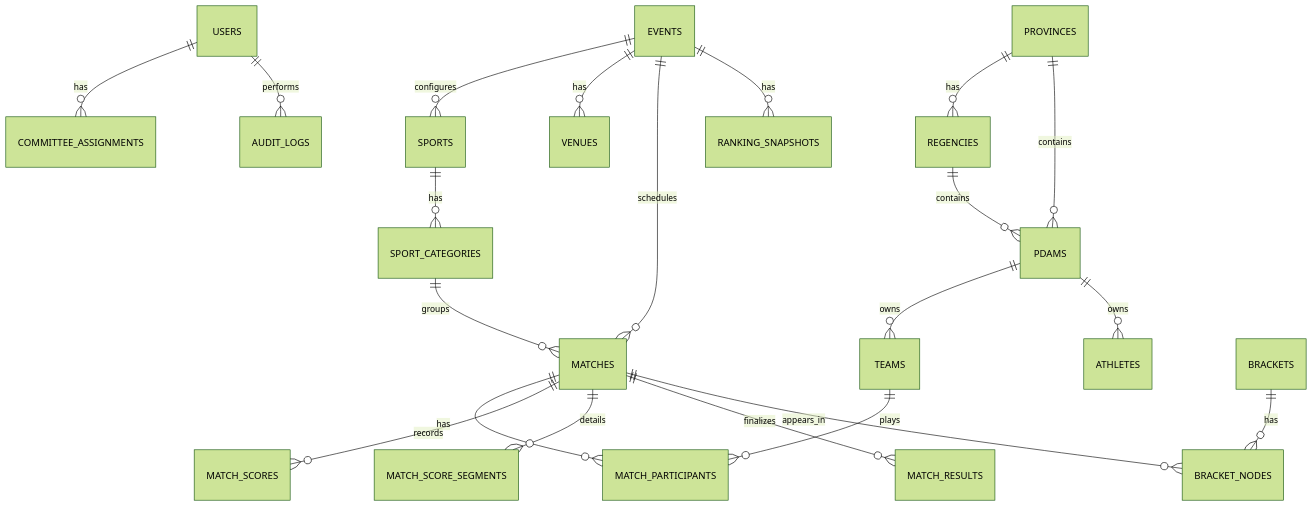
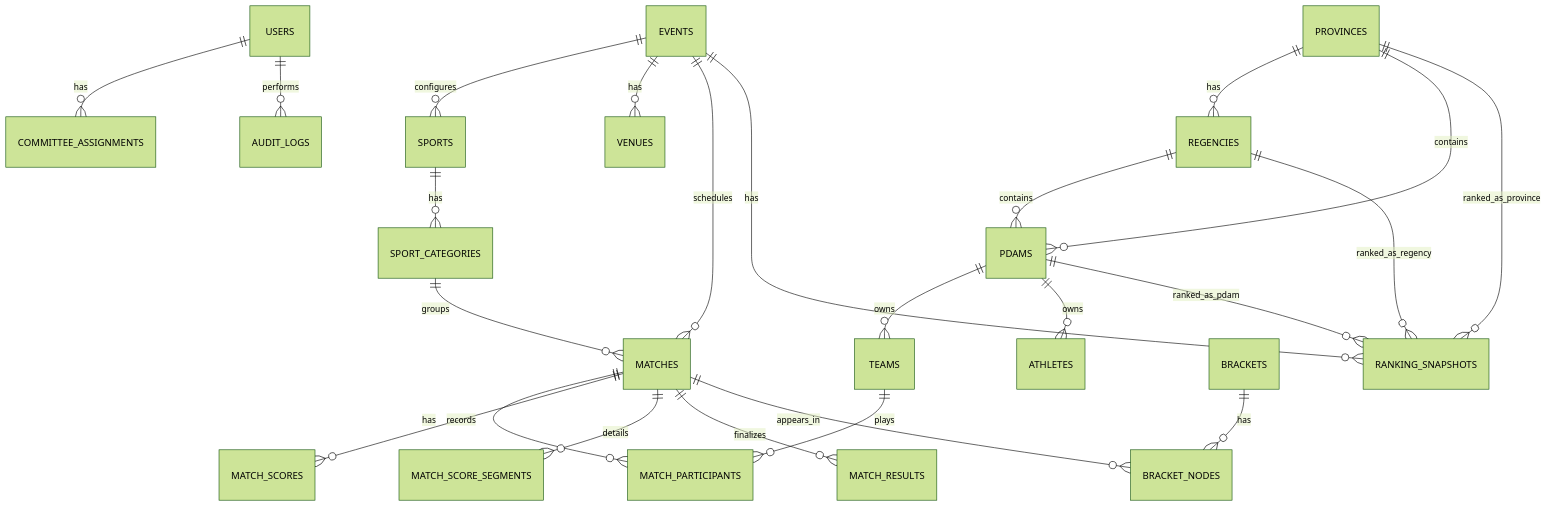
Before and after one commit to henry1224/sport-perpamsi: the diagram in docs/02-data/erd-v1-baseline.md, drawn with Mermaid (forest theme). The commit also changed 11 other files, not shown here.

````diff
--- a/docs/02-data/erd-v1-baseline.md
+++ b/docs/02-data/erd-v1-baseline.md
@@ -5,23 +5,26 @@
 ```mermaid
 erDiagram
     USERS ||--o{ COMMITTEE_ASSIGNMENTS : has
     PROVINCES ||--o{ REGENCIES : has
     PROVINCES ||--o{ PDAMS : contains
     REGENCIES ||--o{ PDAMS : contains
     EVENTS ||--o{ SPORTS : configures
     EVENTS ||--o{ VENUES : has
     EVENTS ||--o{ MATCHES : schedules
     PDAMS ||--o{ TEAMS : owns
     PDAMS ||--o{ ATHLETES : owns
     SPORTS ||--o{ SPORT_CATEGORIES : has
     SPORT_CATEGORIES ||--o{ MATCHES : groups
     TEAMS ||--o{ MATCH_PARTICIPANTS : plays
     MATCHES ||--o{ MATCH_PARTICIPANTS : has
     MATCHES ||--o{ MATCH_SCORES : records
     MATCHES ||--o{ MATCH_SCORE_SEGMENTS : details
     MATCHES ||--o{ MATCH_RESULTS : finalizes
     MATCHES ||--o{ BRACKET_NODES : appears_in
     BRACKETS ||--o{ BRACKET_NODES : has
     EVENTS ||--o{ RANKING_SNAPSHOTS : has
+    PDAMS ||--o{ RANKING_SNAPSHOTS : ranked_as_pdam
+    REGENCIES ||--o{ RANKING_SNAPSHOTS : ranked_as_regency
+    PROVINCES ||--o{ RANKING_SNAPSHOTS : ranked_as_province
     USERS ||--o{ AUDIT_LOGS : performs
 ```
````
